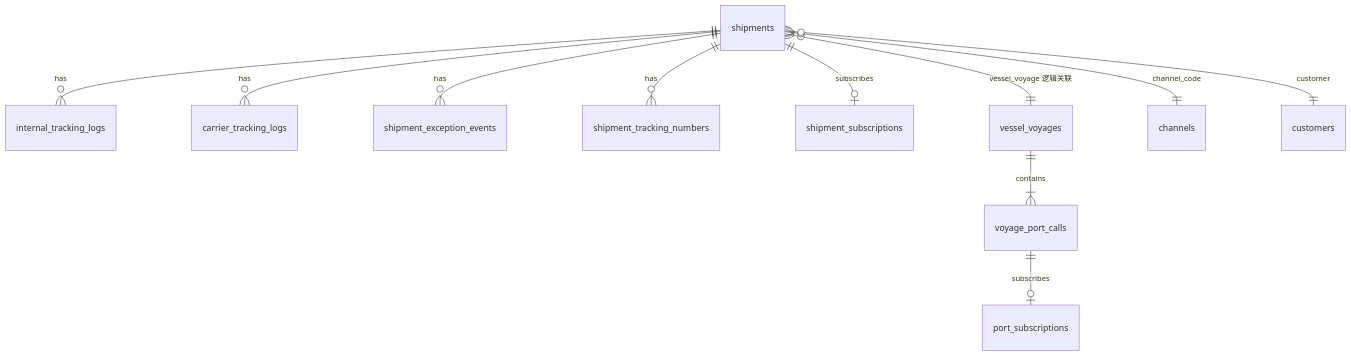
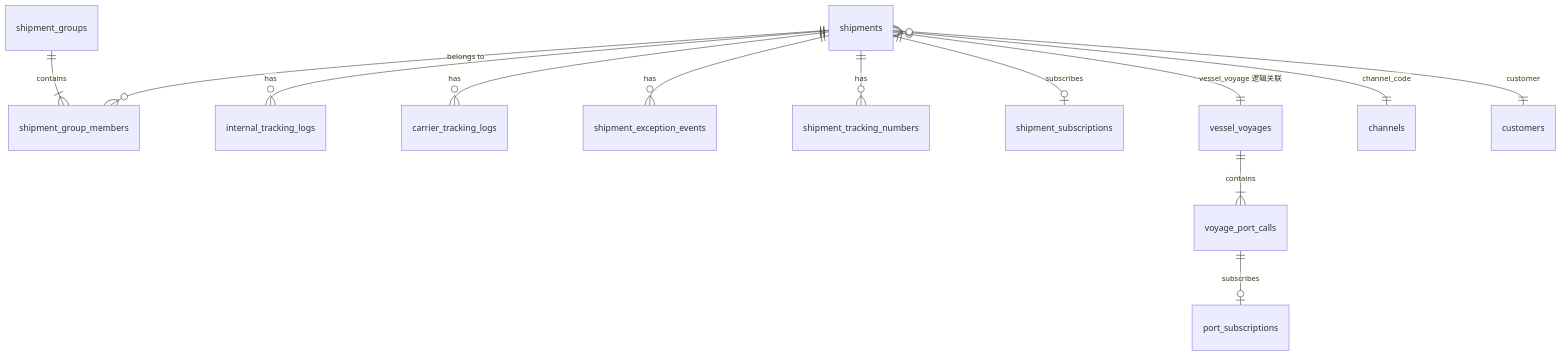
The diagram in youzi_v2/docs/database.md (qianxmiii/youzi), drawn with Mermaid before and after one commit. The commit also changed other lines of this file and 42 other files, not shown here.

````diff
--- a/youzi_v2/docs/database.md
+++ b/youzi_v2/docs/database.md
@@ -32,13 +32,15 @@
 ```mermaid
 erDiagram
+    shipments ||--o{ shipment_group_members : "belongs to"
+    shipment_groups ||--|{ shipment_group_members : contains
     shipments ||--o{ internal_tracking_logs : has
     shipments ||--o{ carrier_tracking_logs : has
     shipments ||--o{ shipment_exception_events : has
     shipments ||--o{ shipment_tracking_numbers : has
     shipments ||--o| shipment_subscriptions : subscribes
     vessel_voyages ||--|{ voyage_port_calls : contains
     voyage_port_calls ||--o| port_subscriptions : subscribes
     shipments }o--|| vessel_voyages : "vessel_voyage 逻辑关联"
     shipments }o--|| channels : channel_code
     shipments }o--|| customers : customer
 ```
````
